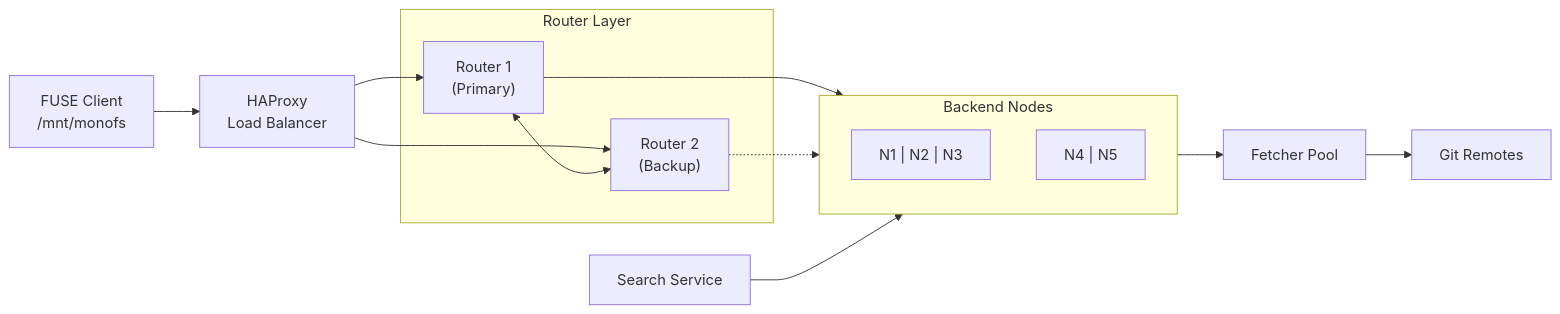
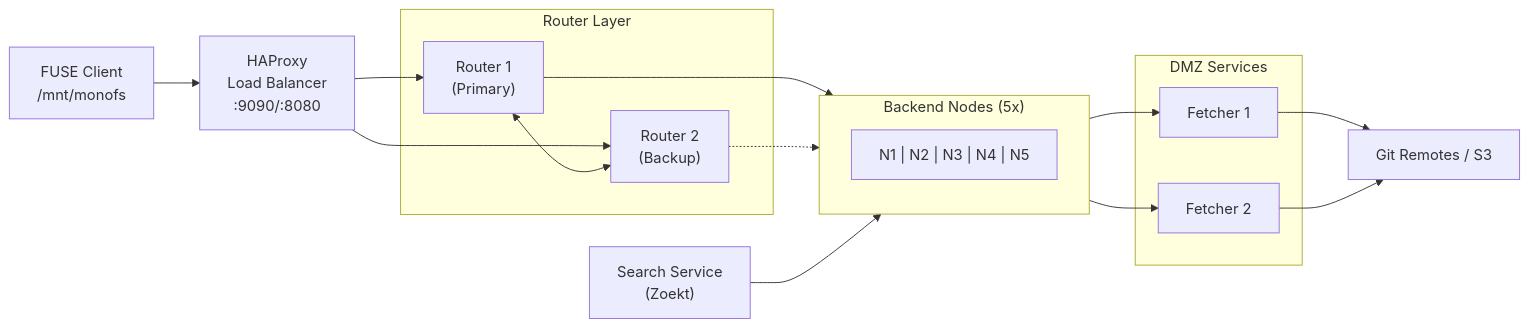
One commit to radryc/monofs changed the diagram in README.md. Above: the diagram before and after it, drawn with Mermaid. The commit also changed other lines of this file and 106 other files, not shown here.

````diff
--- a/README.md
+++ b/README.md
@@ -117,30 +127,35 @@
 ```mermaid
 flowchart LR
     Client["FUSE Client<br/>/mnt/monofs"]
-    HAProxy["HAProxy<br/>Load Balancer"]
+    HAProxy["HAProxy<br/>Load Balancer<br/>:9090/:8080"]
     
     subgraph Routers["Router Layer"]
         R1["Router 1<br/>(Primary)"]
         R2["Router 2<br/>(Backup)"]
     end
     
-    subgraph Nodes["Backend Nodes"]
+    subgraph Nodes["Backend Nodes (5x)"]
         direction TB
-        row1["N1 | N2 | N3"]
-        row2["N4 | N5"]
+        row1["N1 | N2 | N3 | N4 | N5"]
     end
     
-    Fetchers["Fetcher Pool"]
-    Search["Search Service"]
-    Git["Git Remotes"]
+    subgraph DMZ["DMZ Services"]
+        F1["Fetcher 1"]
+        F2["Fetcher 2"]
+    end
+    
+    Search["Search Service<br/>(Zoekt)"]
+    Git["Git Remotes / S3"]
     
     Client --> HAProxy
     HAProxy --> R1
     HAProxy --> R2
     R1 <--> R2
     R1 --> Nodes
     R2 -.-> Nodes
-    Nodes --> Fetchers
-    Fetchers --> Git
+    Nodes --> F1
+    Nodes --> F2
+    F1 --> Git
+    F2 --> Git
     Search --> Nodes
 ```
````
